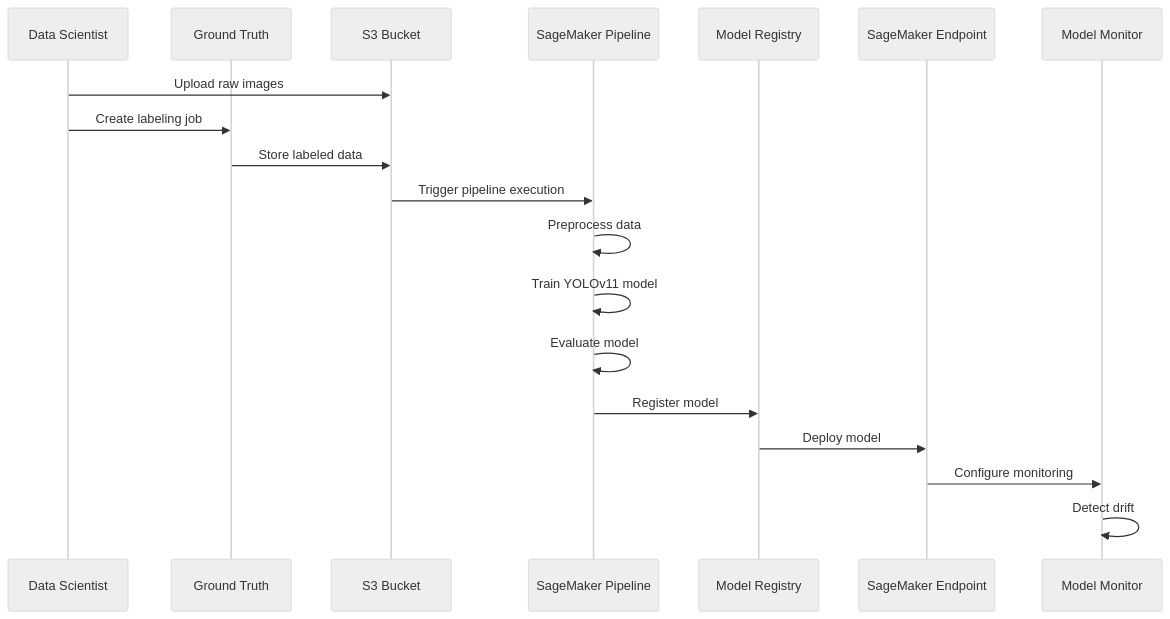
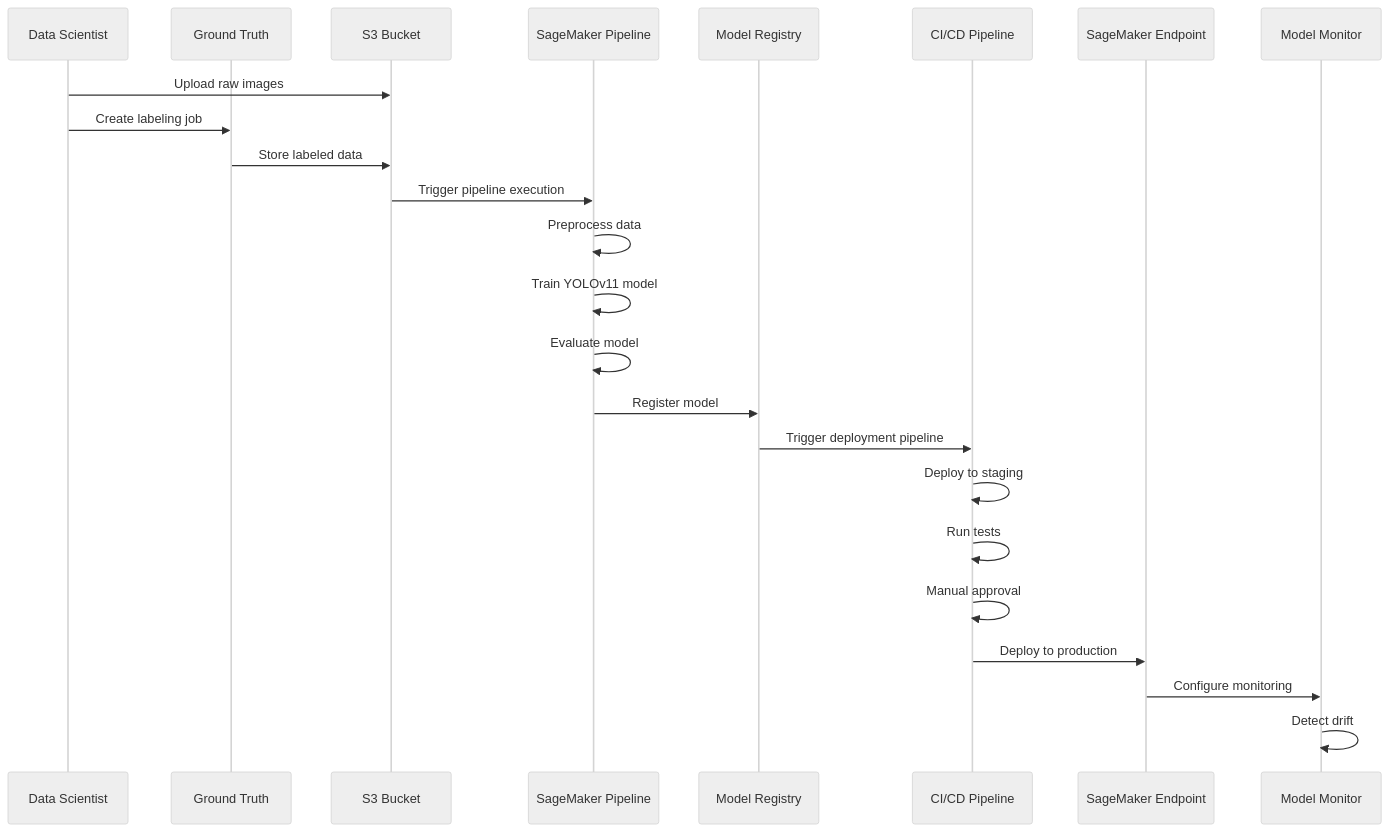
The second of 7 diagrams in README.md (lucaskja/ab3-mlops), drawn with Mermaid (neutral theme) before and after one commit. The commit also changed other lines of this file and 19 other files, not shown here.

````diff
--- a/README.md
+++ b/README.md
@@ -86,22 +99,27 @@
 ```mermaid
 sequenceDiagram
     participant DS as Data Scientist
     participant GT as Ground Truth
     participant S3 as S3 Bucket
     participant Pipeline as SageMaker Pipeline
     participant Registry as Model Registry
+    participant CI as CI/CD Pipeline
     participant Endpoint as SageMaker Endpoint
     participant Monitor as Model Monitor
     
     DS->>S3: Upload raw images
     DS->>GT: Create labeling job
     GT->>S3: Store labeled data
     S3->>Pipeline: Trigger pipeline execution
     Pipeline->>Pipeline: Preprocess data
     Pipeline->>Pipeline: Train YOLOv11 model
     Pipeline->>Pipeline: Evaluate model
     Pipeline->>Registry: Register model
-    Registry->>Endpoint: Deploy model
+    Registry->>CI: Trigger deployment pipeline
+    CI->>CI: Deploy to staging
+    CI->>CI: Run tests
+    CI->>CI: Manual approval
+    CI->>Endpoint: Deploy to production
     Endpoint->>Monitor: Configure monitoring
     Monitor->>Monitor: Detect drift
 ```
````
